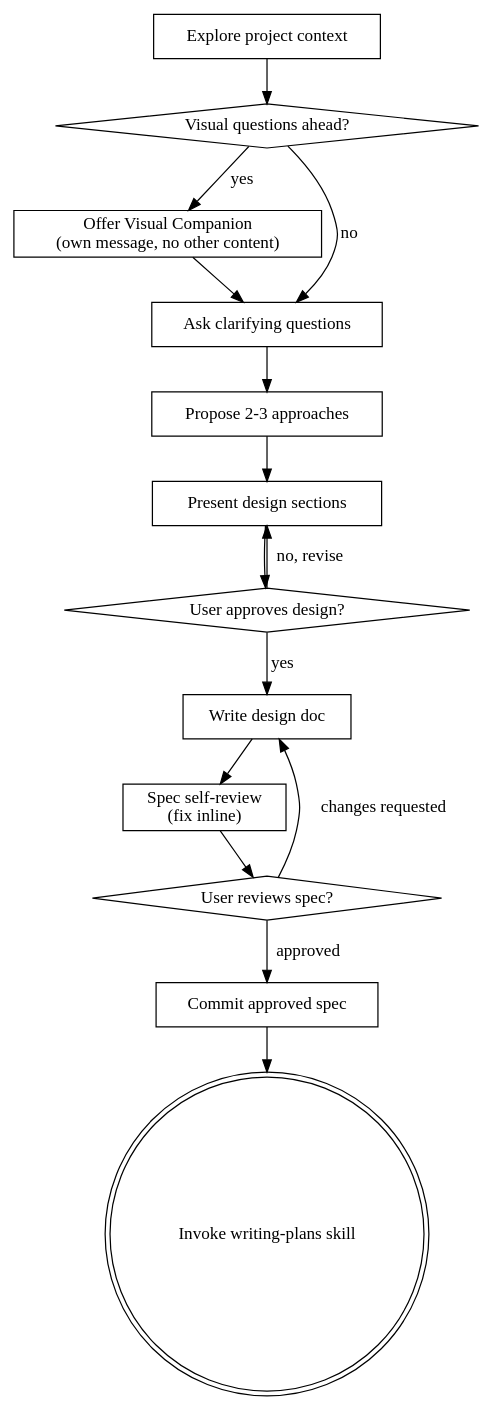
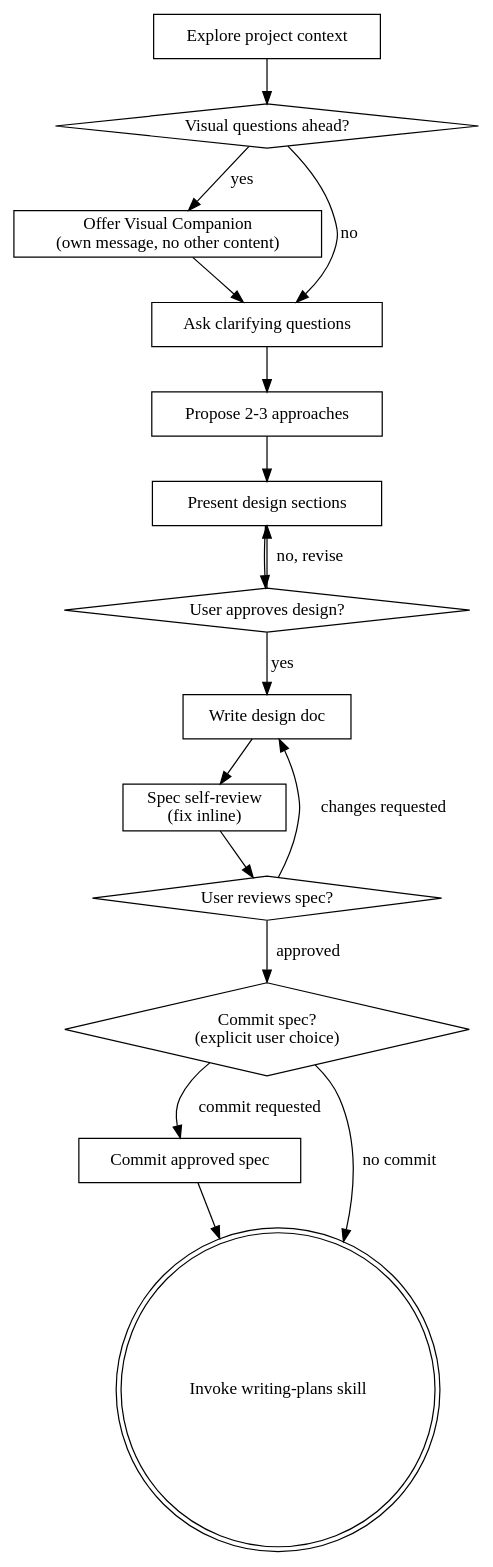
The diagram in skills/brainstorming/SKILL.md (kirito41dd/k-superpowers), drawn with Graphviz before and after one commit. The commit also changed other lines of this file and 1 other file, not shown here.

Commit message:
Clarify explicit commit approval gates

````diff
--- a/skills/brainstorming/SKILL.md
+++ b/skills/brainstorming/SKILL.md
@@ -47,31 +47,34 @@
 ```dot
 digraph brainstorming {
     "Explore project context" [shape=box];
     "Visual questions ahead?" [shape=diamond];
     "Offer Visual Companion\n(own message, no other content)" [shape=box];
     "Ask clarifying questions" [shape=box];
     "Propose 2-3 approaches" [shape=box];
     "Present design sections" [shape=box];
     "User approves design?" [shape=diamond];
     "Write design doc" [shape=box];
     "Spec self-review\n(fix inline)" [shape=box];
     "User reviews spec?" [shape=diamond];
+    "Commit spec?\n(explicit user choice)" [shape=diamond];
     "Commit approved spec" [shape=box];
     "Invoke writing-plans skill" [shape=doublecircle];
 
     "Explore project context" -> "Visual questions ahead?";
     "Visual questions ahead?" -> "Offer Visual Companion\n(own message, no other content)" [label="yes"];
     "Visual questions ahead?" -> "Ask clarifying questions" [label="no"];
     "Offer Visual Companion\n(own message, no other content)" -> "Ask clarifying questions";
     "Ask clarifying questions" -> "Propose 2-3 approaches";
     "Propose 2-3 approaches" -> "Present design sections";
     "Present design sections" -> "User approves design?";
     "User approves design?" -> "Present design sections" [label="no, revise"];
     "User approves design?" -> "Write design doc" [label="yes"];
     "Write design doc" -> "Spec self-review\n(fix inline)";
     "Spec self-review\n(fix inline)" -> "User reviews spec?";
     "User reviews spec?" -> "Write design doc" [label="changes requested"];
-    "User reviews spec?" -> "Commit approved spec" [label="approved"];
+    "User reviews spec?" -> "Commit spec?\n(explicit user choice)" [label="approved"];
+    "Commit spec?\n(explicit user choice)" -> "Commit approved spec" [label="commit requested"];
+    "Commit spec?\n(explicit user choice)" -> "Invoke writing-plans skill" [label="no commit"];
     "Commit approved spec" -> "Invoke writing-plans skill";
 }
 ```
````
